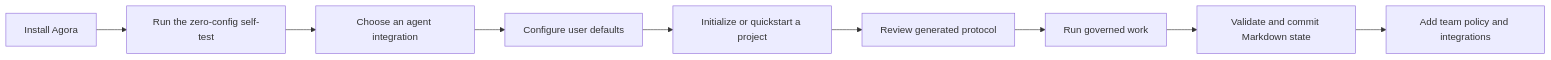
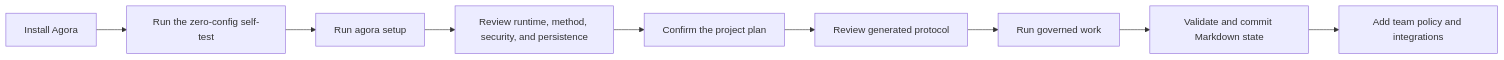
Before and after one commit to Modern-Ash/agora: the first of 7 diagrams in docs/adoption.md, drawn with Mermaid. The commit also changed other lines of this file and 34 other files, not shown here.

````diff
--- a/docs/adoption.md
+++ b/docs/adoption.md
@@ -9,11 +9,11 @@
 ```mermaid
 flowchart LR
     A[Install Agora] --> B[Run the zero-config self-test]
-    B --> C[Choose an agent integration]
-    C --> D[Configure user defaults]
-    D --> E[Initialize or quickstart a project]
+    B --> C[Run agora setup]
+    C --> D[Review runtime, method, security, and persistence]
+    D --> E[Confirm the project plan]
     E --> F[Review generated protocol]
     F --> G[Run governed work]
     G --> H[Validate and commit Markdown state]
     H --> I[Add team policy and integrations]
 ```
````
